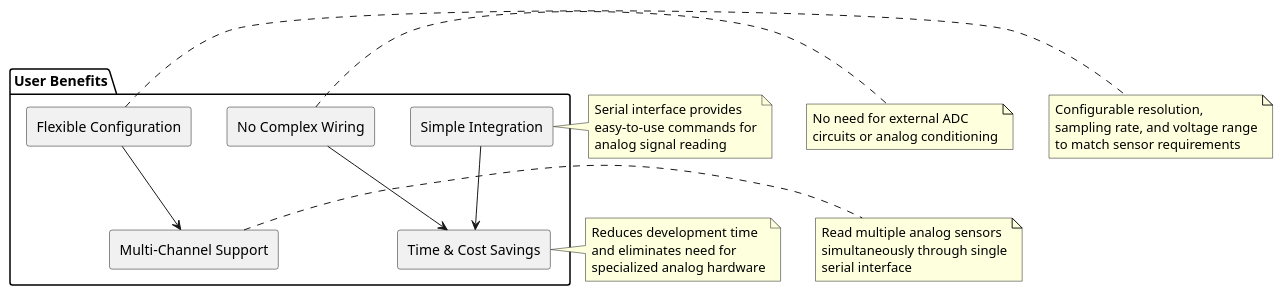
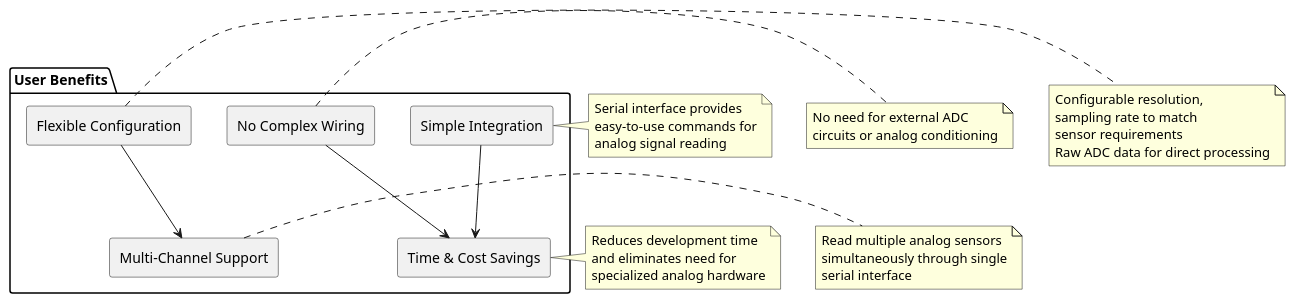
The diagram in 1_requirement/SerialToAnalog/userBenefit.puml (LinhTrucVo/Bico_Protocol_Bridge), drawn with PlantUML before and after one commit. The commit also changed 13 other files, not shown here.

```diff
--- a/1_requirement/SerialToAnalog/userBenefit.puml
+++ b/1_requirement/SerialToAnalog/userBenefit.puml
@@ -1,46 +1,47 @@
 @startuml Feature_UserBenefit
 
 skinparam componentStyle rectangle
 
 package "User Benefits" {
   [Simple Integration] as benefit1
   [No Complex Wiring] as benefit2
   [Flexible Configuration] as benefit3
   [Time & Cost Savings] as benefit4
   [Multi-Channel Support] as benefit5
 }
 
 note right of benefit1
   Serial interface provides
   easy-to-use commands for
   analog signal reading
 end note
 
 note right of benefit2
   No need for external ADC
   circuits or analog conditioning
 end note
 
 note right of benefit3
   Configurable resolution,
-  sampling rate, and voltage range
-  to match sensor requirements
+  sampling rate to match
+  sensor requirements
+  Raw ADC data for direct processing
 end note
 
 note right of benefit4
   Reduces development time
   and eliminates need for
   specialized analog hardware
 end note
 
 note right of benefit5
   Read multiple analog sensors
   simultaneously through single
   serial interface
 end note
 
 benefit1 -down-> benefit4
 benefit2 -down-> benefit4
 benefit3 -down-> benefit5
 
 @enduml
```
